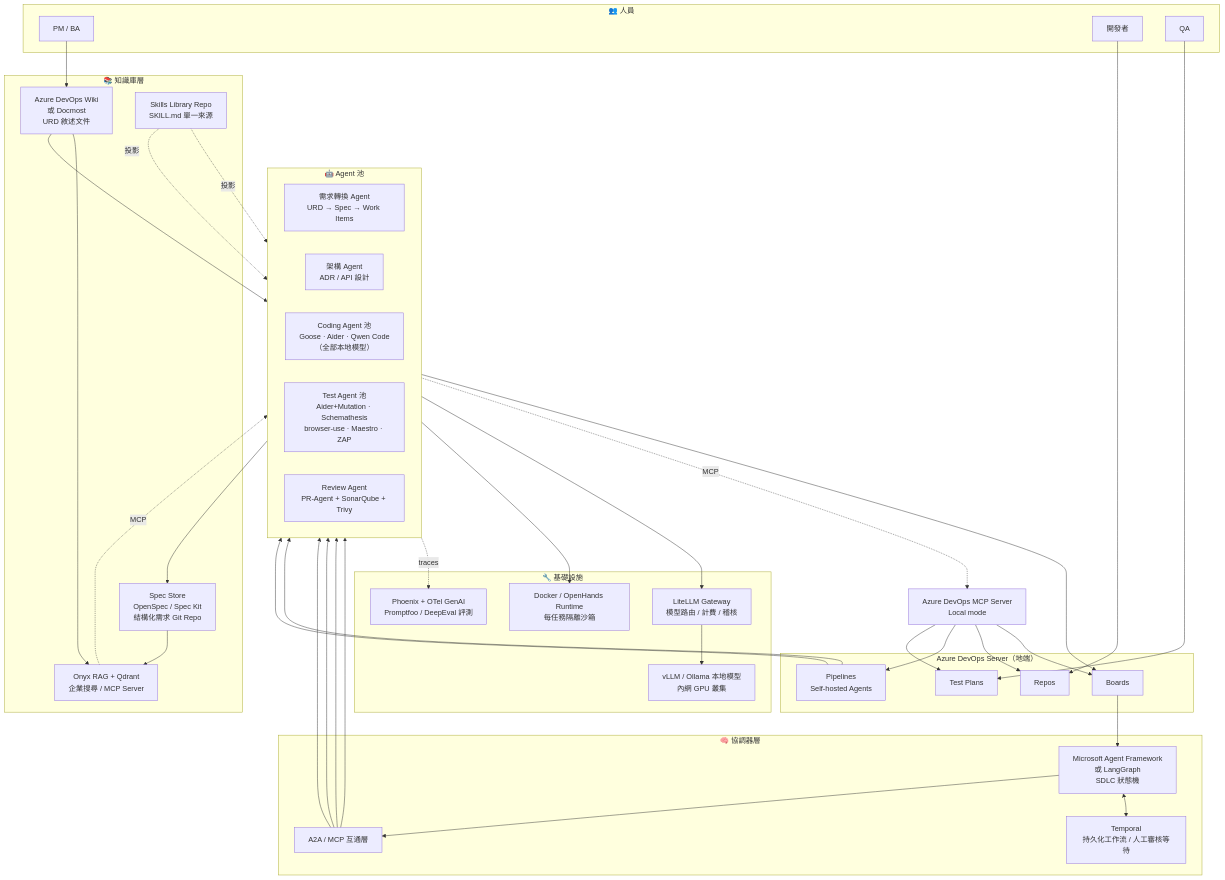
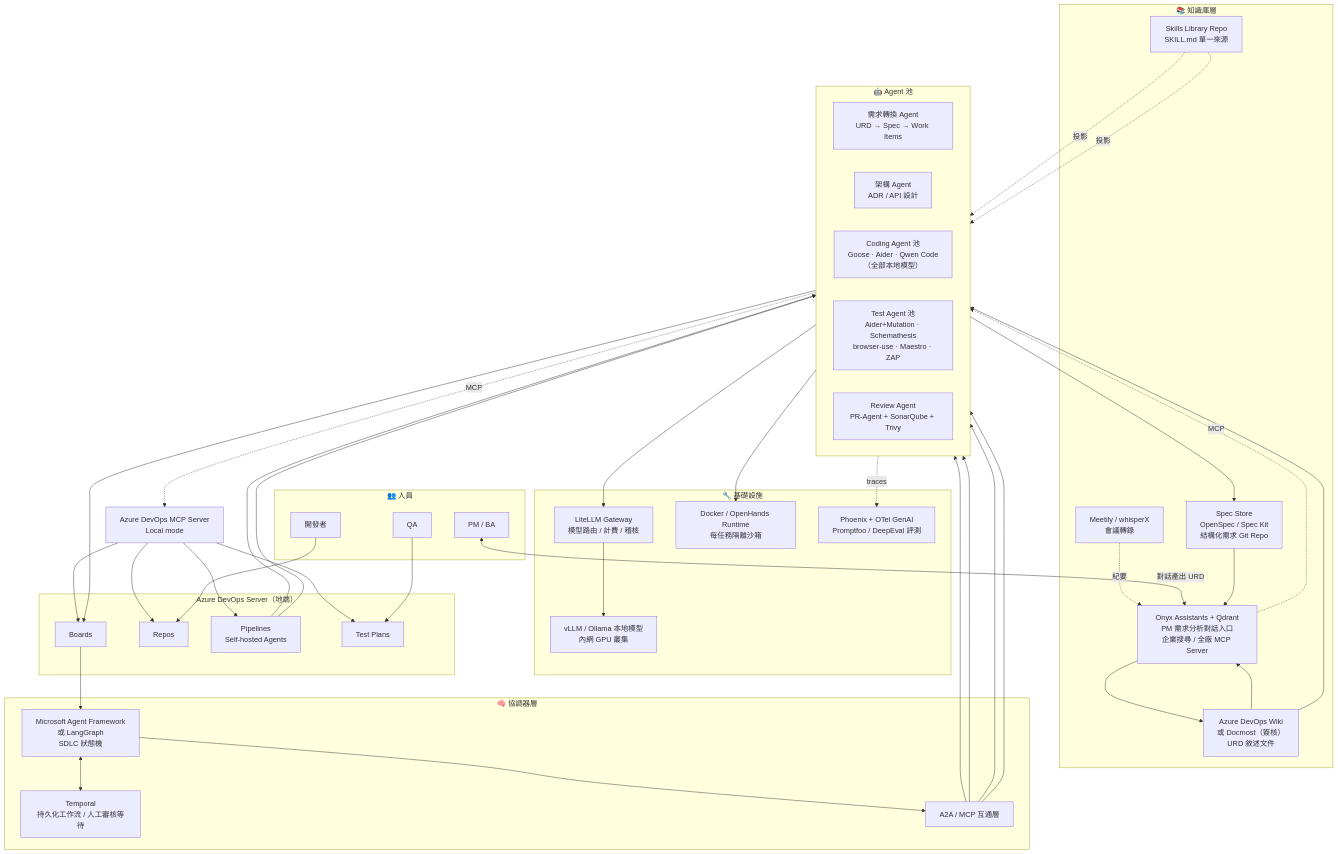
The diagram in AI-Software-Factory-Plan.md (matsurigoto/ai-software-factory-copilot), drawn with Mermaid before and after one commit.

Commit message:
Diagram: Onyx as PM interaction entry point and knowledge hub

````diff
--- a/AI-Software-Factory-Plan.md
+++ b/AI-Software-Factory-Plan.md
@@ -43,65 +43,68 @@
 ```mermaid
 flowchart TB
     subgraph People["👥 人員"]
         PM[PM / BA]
         Dev[開發者]
         QA[QA]
     end
 
     subgraph KB["📚 知識庫層"]
-        Wiki[Azure DevOps Wiki<br/>或 Docmost<br/>URD 敘述文件]
+        Onyx[Onyx Assistants + Qdrant<br/>PM 需求分析對話入口<br/>企業搜尋 / 全廠 MCP Server]
+        Wiki[Azure DevOps Wiki<br/>或 Docmost（簽核）<br/>URD 敘述文件]
         Spec[Spec Store<br/>OpenSpec / Spec Kit<br/>結構化需求 Git Repo]
-        RAG[Onyx RAG + Qdrant<br/>企業搜尋 / MCP Server]
         Skills[Skills Library Repo<br/>SKILL.md 單一來源]
+        Meet[Meetily / whisperX<br/>會議轉錄]
     end
 
     subgraph Orch["🧠 協調器層"]
         MAF[Microsoft Agent Framework<br/>或 LangGraph<br/>SDLC 狀態機]
         Temporal[Temporal<br/>持久化工作流 / 人工審核等待]
         A2A[A2A / MCP 互通層]
     end
 
     subgraph Agents["🤖 Agent 池"]
         direction LR
         ReqAgent[需求轉換 Agent<br/>URD → Spec → Work Items]
         ArchAgent[架構 Agent<br/>ADR / API 設計]
         CodeAgents[Coding Agent 池<br/>Goose · Aider · Qwen Code<br/>（全部本地模型）]
         TestAgents[Test Agent 池<br/>Aider+Mutation · Schemathesis<br/>browser-use · Maestro · ZAP]
         ReviewAgent[Review Agent<br/>PR-Agent + SonarQube + Trivy]
     end
 
     subgraph Infra["🔧 基礎設施"]
         Gateway[LiteLLM Gateway<br/>模型路由 / 計費 / 稽核]
         LLM[vLLM / Ollama 本地模型<br/>內網 GPU 叢集]
         Sandbox[Docker / OpenHands Runtime<br/>每任務隔離沙箱]
         Obs[Phoenix + OTel GenAI<br/>Promptfoo / DeepEval 評測]
     end
 
     subgraph ADO["Azure DevOps Server（地端）"]
         Boards[Boards]
         Repos[Repos]
         Pipelines[Pipelines<br/>Self-hosted Agents]
         TestPlans[Test Plans]
     end
 
-    PM --> Wiki
+    Meet -.紀要.-> Onyx
+    PM <-->|對話產出 URD| Onyx
+    Onyx --> Wiki
     Wiki --> ReqAgent --> Spec
     ReqAgent --> Boards
-    Spec --> RAG
-    Wiki --> RAG
+    Spec --> Onyx
+    Wiki --> Onyx
     Skills -.投影.-> CodeAgents & TestAgents
 
     Boards --> MAF
     MAF <--> Temporal
     MAF --> A2A --> ArchAgent & CodeAgents & TestAgents & ReviewAgent
-    RAG -.MCP.-> Agents
+    Onyx -.MCP.-> Agents
     Agents -.MCP.-> ADOMCP[Azure DevOps MCP Server<br/>Local mode]
     ADOMCP --> Boards & Repos & Pipelines & TestPlans
 
     Agents --> Gateway --> LLM
     Agents --> Sandbox
     Agents -.traces.-> Obs
     Pipelines --> TestAgents & ReviewAgent
     Dev --> Repos
     QA --> TestPlans
 ```
````
